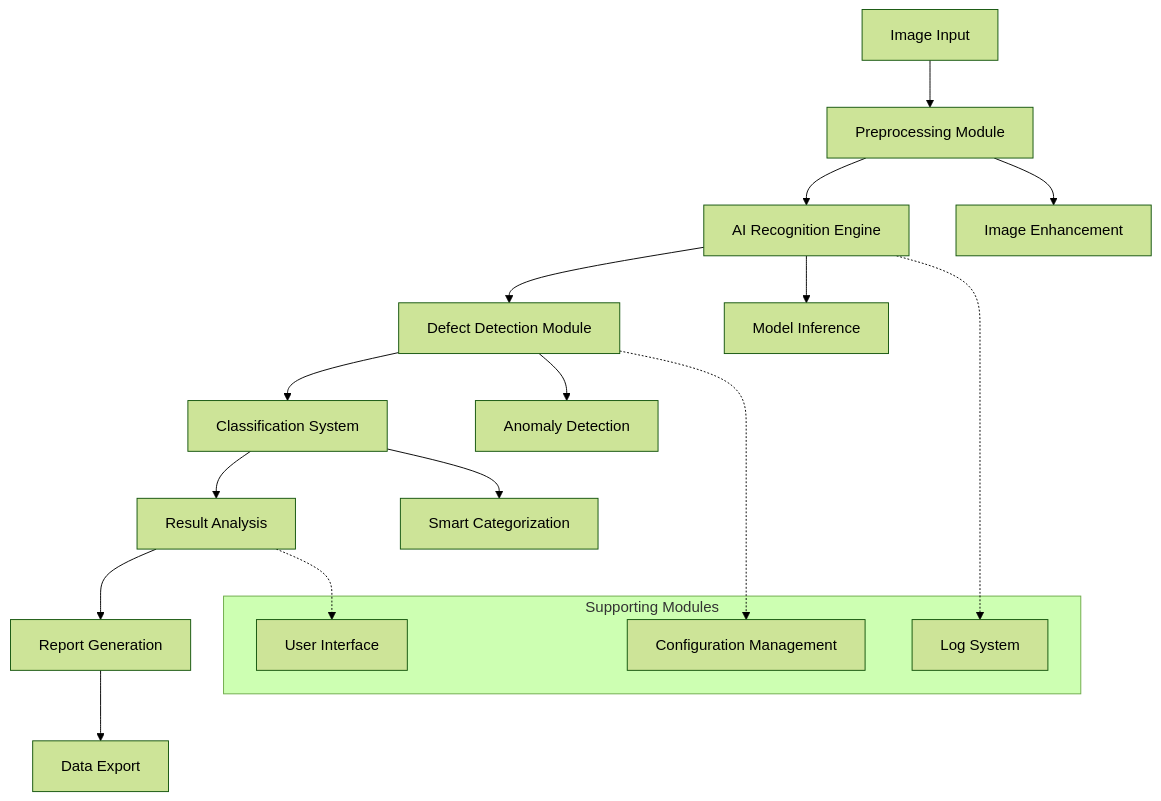
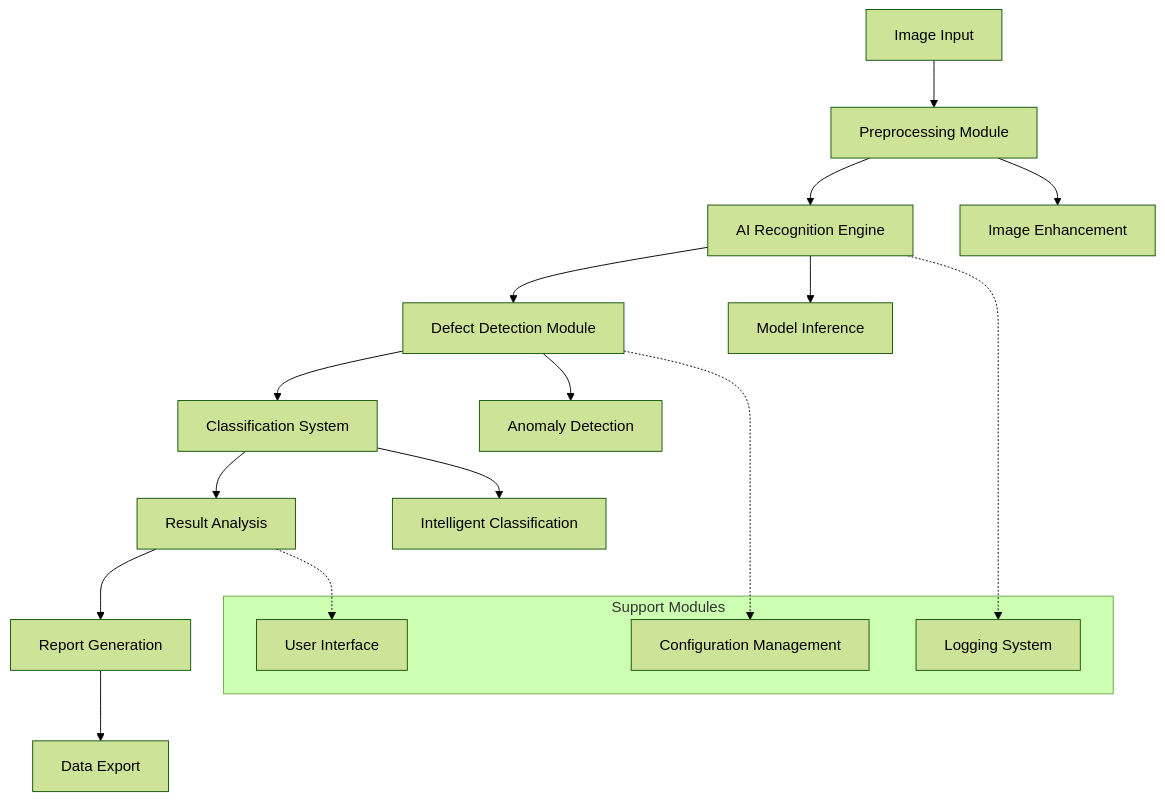
The third of 3 diagrams in README.en.md (YangShengzhou03/RailwayOCR), drawn with Mermaid (forest theme) before and after one commit. The commit also changed other lines of this file and 3 other files, not shown here.

````diff
--- a/README.en.md
+++ b/README.en.md
@@ -345,25 +361,25 @@
 ```mermaid
 graph TB
     A[Image Input] --> B[Preprocessing Module]
     B --> C[AI Recognition Engine]
     C --> D[Defect Detection Module]
     D --> E[Classification System]
     E --> F[Result Analysis]
     F --> G[Report Generation]
     G --> H[Data Export]
     
     B --> I[Image Enhancement]
     C --> J[Model Inference]
     D --> K[Anomaly Detection]
-    E --> L[Smart Categorization]
+    E --> L[Intelligent Classification]
     
-    subgraph "Supporting Modules"
-        M[Log System]
+    subgraph "Support Modules"
+        M[Logging System]
         N[Configuration Management]
         O[User Interface]
     end
     
     C -.-> M
     D -.-> N
     F -.-> O
 ```
````
